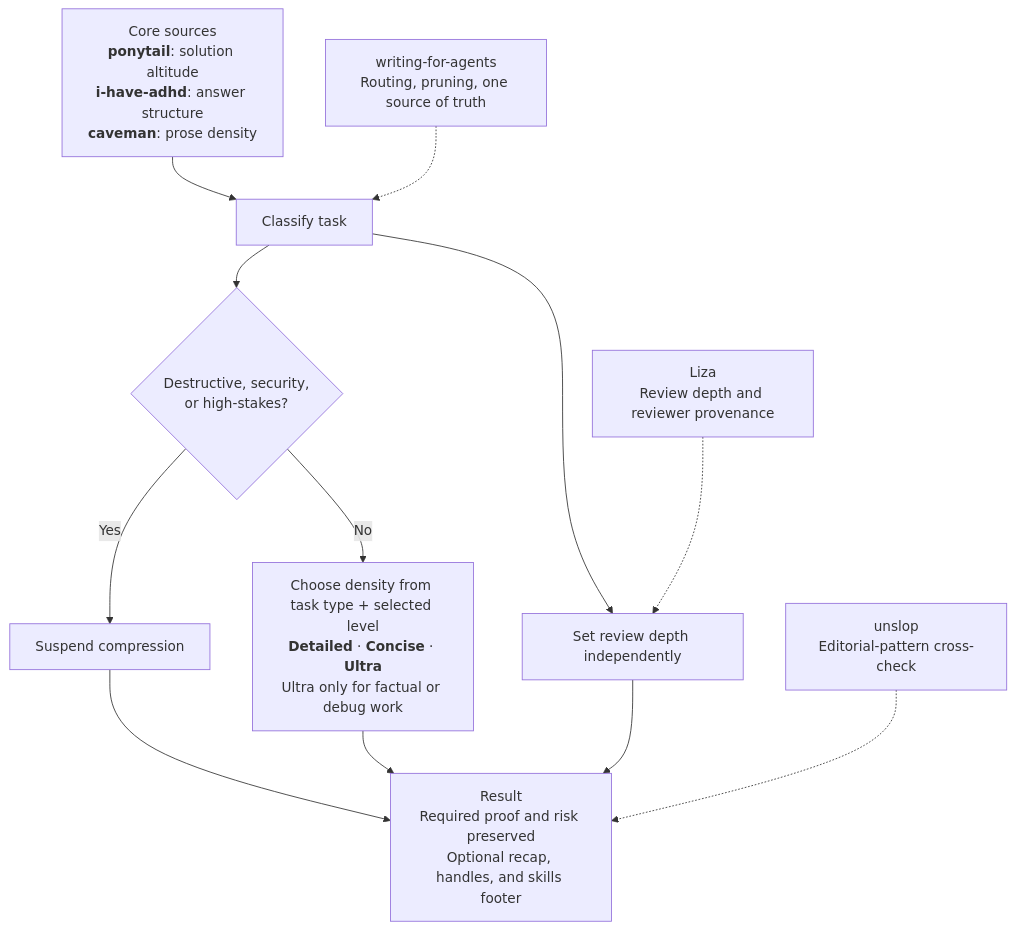
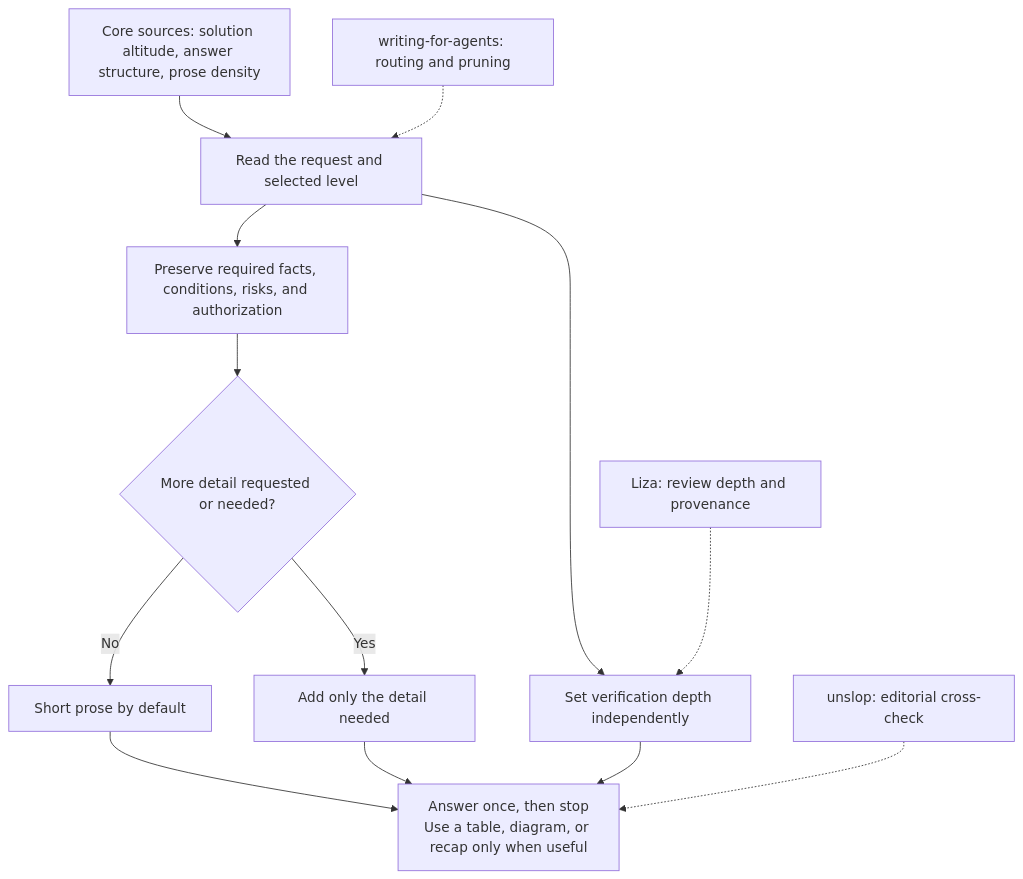
One commit to FlorianBruniaux/flow-lean changed the diagram in README.md. Above: the diagram before and after it, drawn with Mermaid. The commit also changed other lines of this file and 12 other files, not shown here.

````diff
--- a/README.md
+++ b/README.md
@@ -236,23 +248,25 @@
 ```mermaid
 flowchart TB
-  I["Core sources<br/><b>ponytail</b>: solution altitude<br/><b>i-have-adhd</b>: answer structure<br/><b>caveman</b>: prose density"]
-  T["Classify task"]
-  G{"Destructive, security,<br/>or high-stakes?"}
-  S["Suspend compression"]
-  D["Choose density from task type + selected level<br/><b>Detailed</b> · <b>Concise</b> · <b>Ultra</b><br/>Ultra only for factual or debug work"]
-  V["Set review depth independently"]
-  O["Result<br/>Required proof and risk preserved<br/>Optional recap, handles, and skills footer"]
+  I["Core sources: solution altitude, answer structure, prose density"]
+  T["Read the request and selected level"]
+  C["Preserve required facts, conditions, risks, and authorization"]
+  D{"More detail requested or needed?"}
+  S["Short prose by default"]
+  E["Add only the detail needed"]
+  V["Set verification depth independently"]
+  O["Answer once, then stop<br/>Use a table, diagram, or recap only when useful"]
 
   I --> T
-  T --> G
+  T --> C
   T --> V
-  G -->|Yes| S
-  G -->|No| D
+  C --> D
+  D -->|No| S
+  D -->|Yes| E
   S --> O
-  D --> O
+  E --> O
   V --> O
 
-  W["writing-for-agents<br/>Routing, pruning, one source of truth"] -.-> T
-  U["unslop<br/>Editorial-pattern cross-check"] -.-> O
-  L["Liza<br/>Review depth and reviewer provenance"] -.-> V
+  W["writing-for-agents: routing and pruning"] -.-> T
+  U["unslop: editorial cross-check"] -.-> O
+  L["Liza: review depth and provenance"] -.-> V
 ```
````
